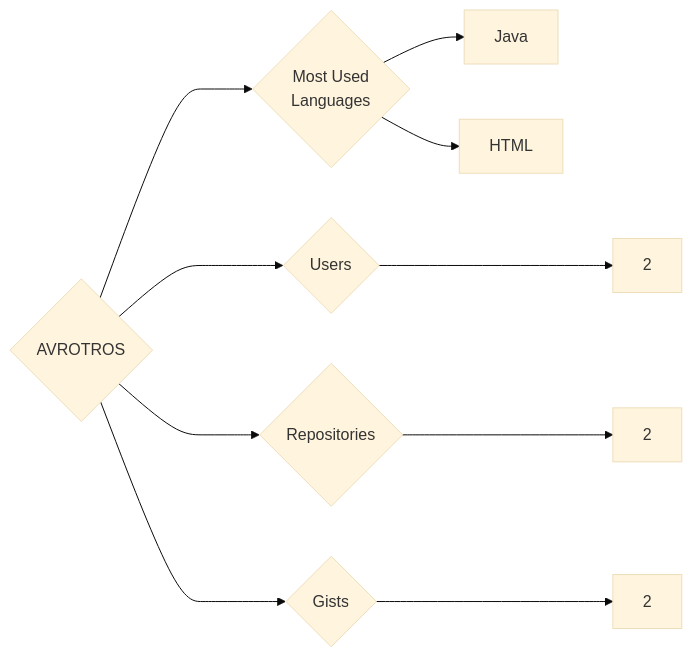
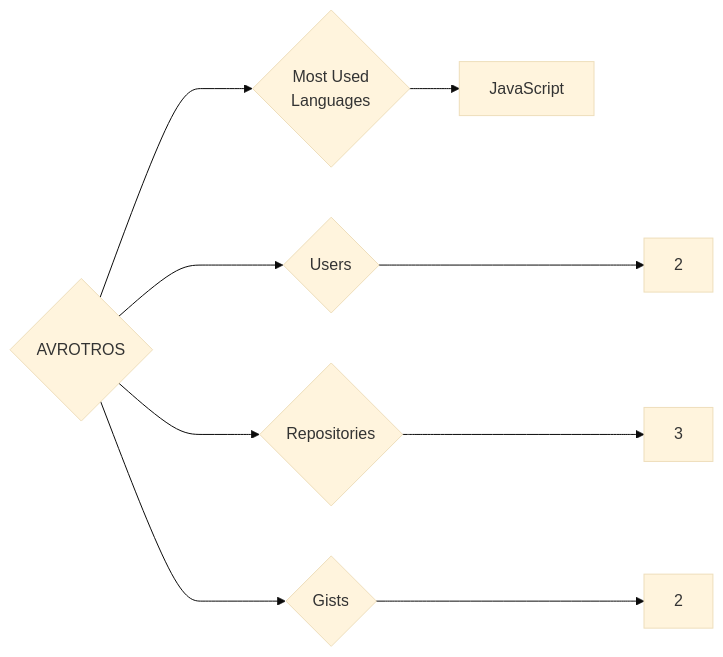
The diagram in targets/AVROTROS/README.md (trickest/insiders), drawn with Mermaid (base theme) before and after one commit. The commit also changed 777 other files, not shown here.

````diff
--- a/targets/AVROTROS/README.md
+++ b/targets/AVROTROS/README.md
@@ -3,10 +3,9 @@
 ```mermaid
 graph LR
 COMPANY_NAME{AVROTROS}
 COMPANY_NAME ---> U{Users} ---> UN[2]
-COMPANY_NAME ---> R{Repositories} ---> RN[2]
+COMPANY_NAME ---> R{Repositories} ---> RN[3]
 COMPANY_NAME ---> G{Gists} ---> GN[2]
 COMPANY_NAME ---> ML{Most Used<br>Languages}
-ML --> Java[Java]
-ML --> HTML[HTML]
+ML --> JavaScript[JavaScript]
 ```
````
